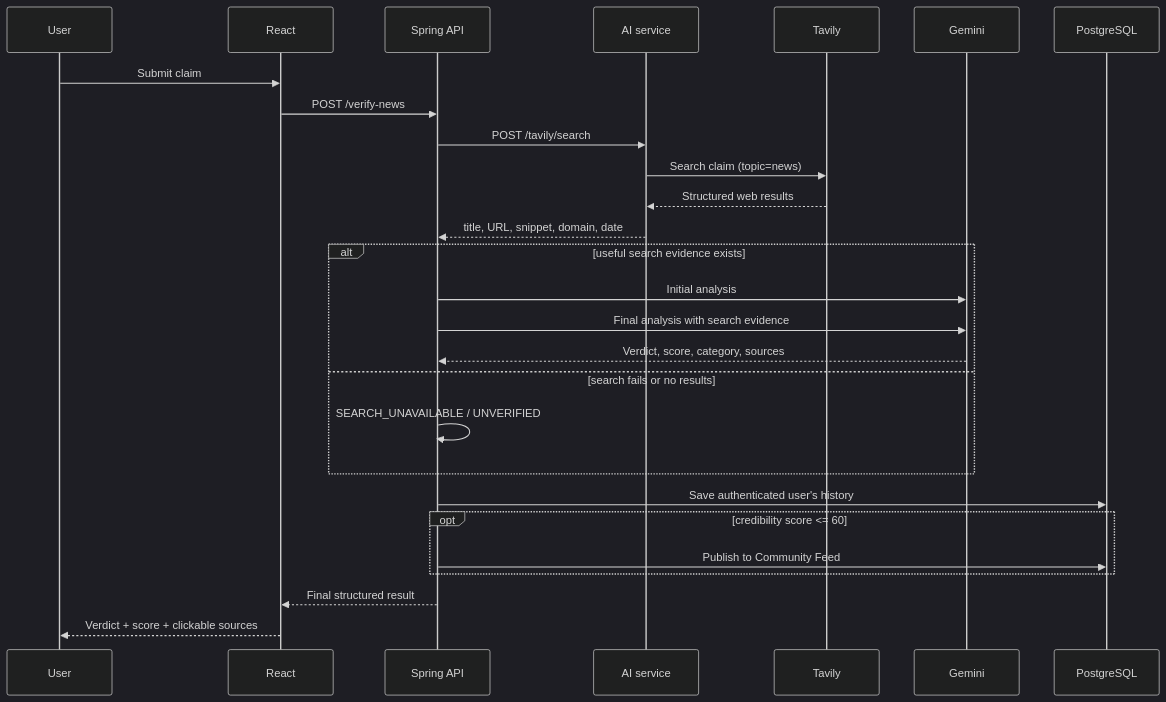
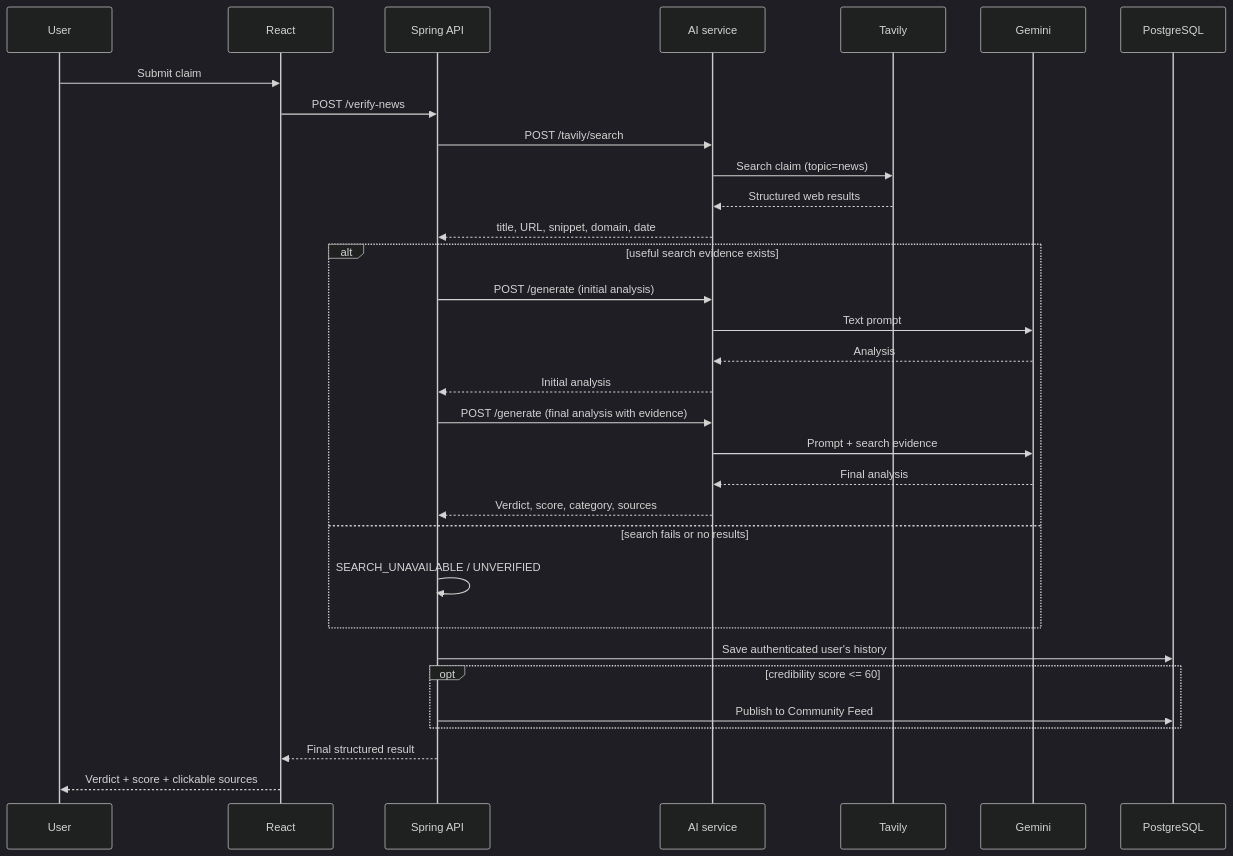
Before and after one commit to Mohit-R-04/FactShare: the second of 4 diagrams in README.md, drawn with Mermaid (dark theme).

````diff
--- a/README.md
+++ b/README.md
@@ -190,30 +190,35 @@
 ```mermaid
 sequenceDiagram
     participant U as User
     participant F as React
     participant B as Spring API
     participant A as AI service
     participant T as Tavily
     participant G as Gemini
     participant D as PostgreSQL
 
     U->>F: Submit claim
     F->>B: POST /verify-news
     B->>A: POST /tavily/search
     A->>T: Search claim (topic=news)
     T-->>A: Structured web results
     A-->>B: title, URL, snippet, domain, date
     alt useful search evidence exists
-        B->>G: Initial analysis
-        B->>G: Final analysis with search evidence
-        G-->>B: Verdict, score, category, sources
+        B->>A: POST /generate (initial analysis)
+        A->>G: Text prompt
+        G-->>A: Analysis
+        A-->>B: Initial analysis
+        B->>A: POST /generate (final analysis with evidence)
+        A->>G: Prompt + search evidence
+        G-->>A: Final analysis
+        A-->>B: Verdict, score, category, sources
     else search fails or no results
         B->>B: SEARCH_UNAVAILABLE / UNVERIFIED
     end
     B->>D: Save authenticated user's history
     opt credibility score <= 60
         B->>D: Publish to Community Feed
     end
     B-->>F: Final structured result
     F-->>U: Verdict + score + clickable sources
 ```
````
